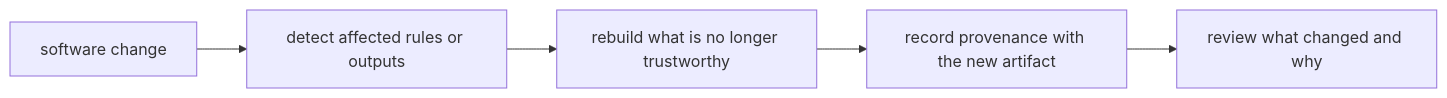
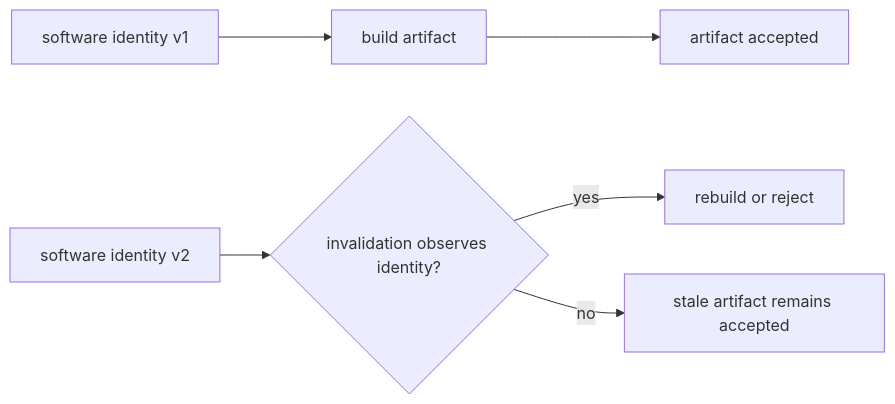
Before and after one commit to bijux/bijux-masterclass: the first of 2 diagrams in programs/reproducible-research/deep-dive-snakemake/course-book/module-05-software-boundaries-reproducible-rules/software-provenance-drift-and-rebuild-evidence.md, drawn with Mermaid. The commit also changed other lines of this file, not shown here.

Commit message:
docs(snakemake): prove source drift invalidates artifacts

````diff
--- a/programs/reproducible-research/deep-dive-snakemake/course-book/module-05-software-boundaries-reproducible-rules/software-provenance-drift-and-rebuild-evidence.md
+++ b/programs/reproducible-research/deep-dive-snakemake/course-book/module-05-software-boundaries-reproducible-rules/software-provenance-drift-and-rebuild-evidence.md
@@ -91,7 +34,8 @@
 ```mermaid
 flowchart LR
-  change["software change"] --> detect["detect affected rules or outputs"]
-  detect --> rebuild["rebuild what is no longer trustworthy"]
-  rebuild --> record["record provenance with the new artifact"]
-  record --> review["review what changed and why"]
+  software["software identity v1"] --> build["build artifact"]
+  build --> accepted["artifact accepted"]
+  drift["software identity v2"] --> policy{"invalidation observes identity?"}
+  policy -->|yes| rebuild["rebuild or reject"]
+  policy -->|no| stale["stale artifact remains accepted"]
 ```
````
